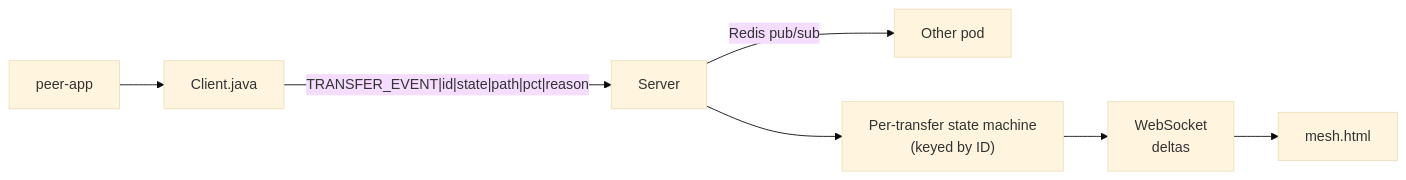
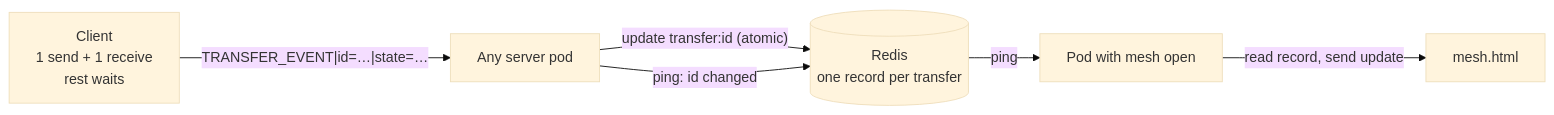
One commit to shobhit157/Aperture changed the first of 2 diagrams in docs/future-plans/mesh-v2-transfer-events.md. Above: the diagram before and after it, drawn with Mermaid (base theme). The commit also changed other lines of this file, not shown here.

First line of the commit message:
Revise Mesh v2 transfer events for live tracking

````diff
--- a/docs/future-plans/mesh-v2-transfer-events.md
+++ b/docs/future-plans/mesh-v2-transfer-events.md
@@ -32,6 +32,8 @@
 ```mermaid
 flowchart LR
-  P[peer-app] --> J[Client.java] -- "TRANSFER_EVENT|id|state|path|pct|reason" --> S[Server]
-  S -- Redis pub/sub --> S2[Other pod]
-  S --> SM["Per-transfer state machine<br/>(keyed by ID)"] --> W[WebSocket<br/>deltas] --> H[mesh.html]
+  C[Client<br/>1 send + 1 receive<br/>rest waits] -- "TRANSFER_EVENT|id=…|state=…" --> P[Any server pod]
+  P -- "update transfer:id (atomic)" --> R[("Redis<br/>one record per transfer")]
+  P -- "ping: id changed" --> R
+  R -- "ping" --> PM[Pod with mesh open]
+  PM -- "read record, send update" --> H[mesh.html]
 ```
````
